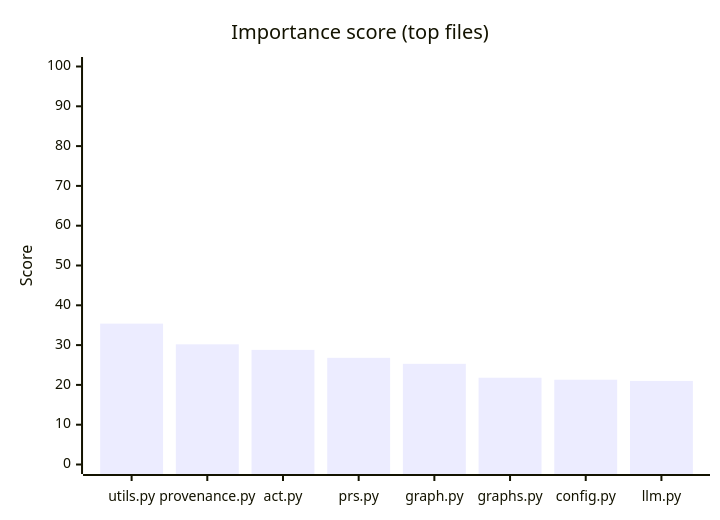
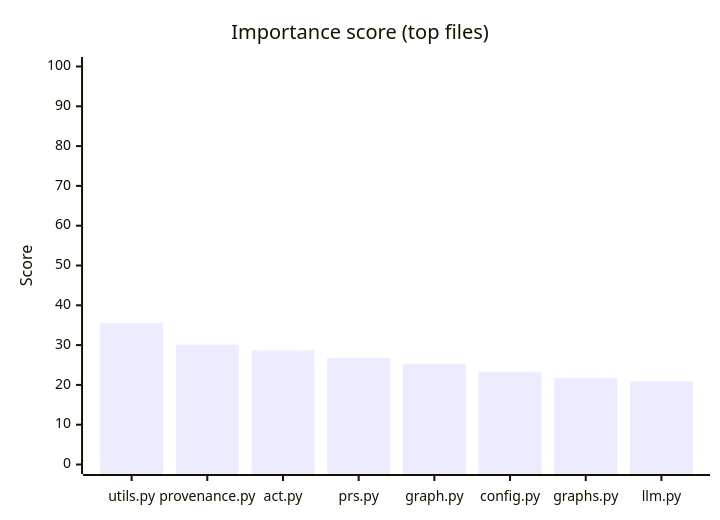
One commit to hhleroy97/repo-scan changed the first of 2 diagrams in docs/index.md. Above: the diagram before and after it, drawn with Mermaid. The commit also changed other lines of this file and 11 other files, not shown here.

````diff
--- a/docs/index.md
+++ b/docs/index.md
@@ -55,7 +57,7 @@
 ```mermaid
 xychart-beta
     title "Importance score (top files)"
-    x-axis ["utils.py", "provenance.py", "act.py", "prs.py", "graph.py", "graphs.py", "config.py", "llm.py"]
+    x-axis ["utils.py", "provenance.py", "act.py", "prs.py", "graph.py", "config.py", "graphs.py", "llm.py"]
     y-axis "Score" 0 --> 100
-    bar [35.4, 30.2, 28.8, 26.8, 25.3, 21.8, 21.3, 21]
+    bar [35.5, 30.1, 28.7, 26.8, 25.2, 23.2, 21.7, 20.9]
 ```
````
